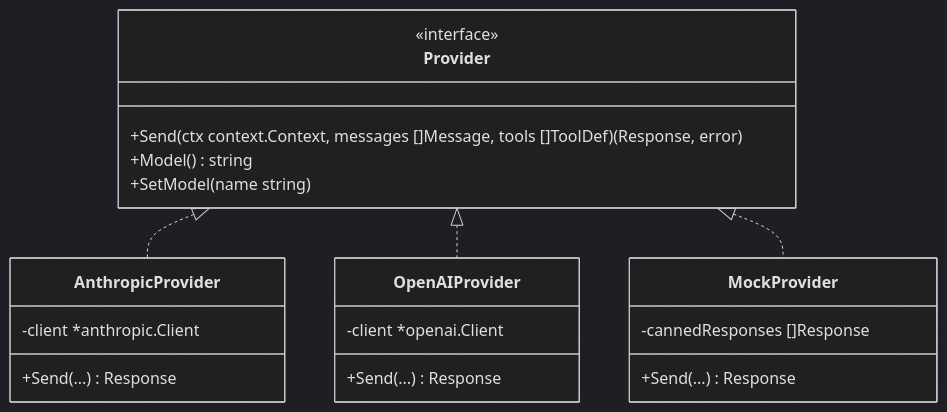
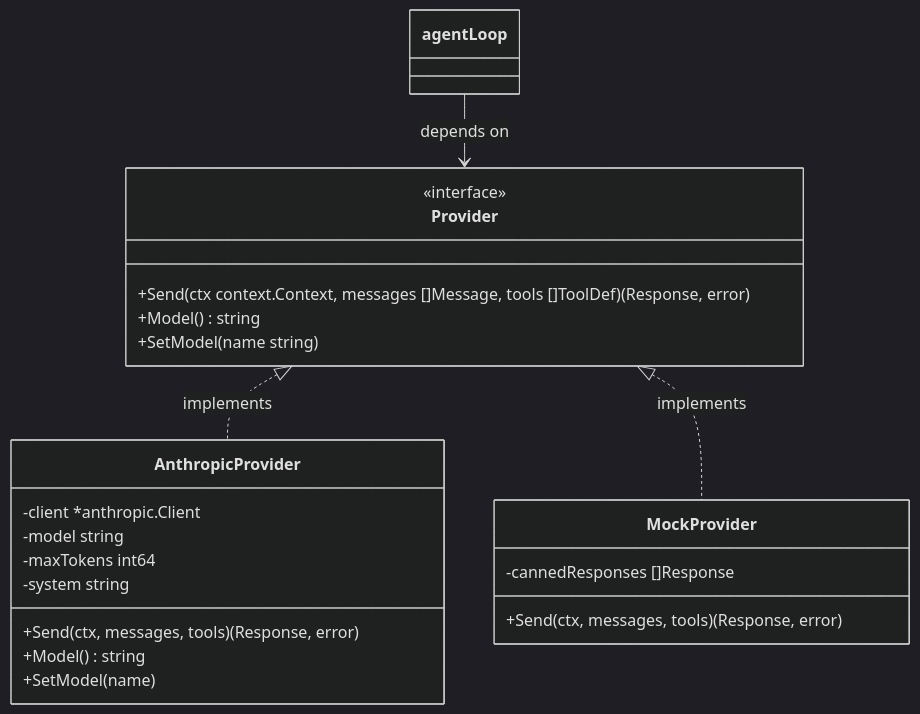
The first of 2 diagrams in docs/steps/03-provider-interface.md (AntonioHellin/phi-code-agent), drawn with Mermaid (dark theme) before and after one commit. The commit also changed other lines of this file and 3 other files, not shown here.

````diff
--- a/docs/steps/03-provider-interface.md
+++ b/docs/steps/03-provider-interface.md
@@ -9,28 +14,28 @@
 ```mermaid
 classDiagram
     class Provider {
         <<interface>>
         +Send(ctx context.Context, messages []Message, tools []ToolDef) (Response, error)
         +Model() string
         +SetModel(name string)
     }
 
     class AnthropicProvider {
         -client *anthropic.Client
-        +Send(...) Response
-    }
-
-    class OpenAIProvider {
-        -client *openai.Client
-        +Send(...) Response
+        -model string
+        -maxTokens int64
+        -system string
+        +Send(ctx, messages, tools) (Response, error)
+        +Model() string
+        +SetModel(name)
     }
 
     class MockProvider {
         -cannedResponses []Response
-        +Send(...) Response
+        +Send(ctx, messages, tools) (Response, error)
     }
 
-    Provider <|.. AnthropicProvider
-    Provider <|.. OpenAIProvider
-    Provider <|.. MockProvider
+    Provider <|.. AnthropicProvider : implements
+    Provider <|.. MockProvider : implements
+    agentLoop --> Provider : depends on
 ```
````
